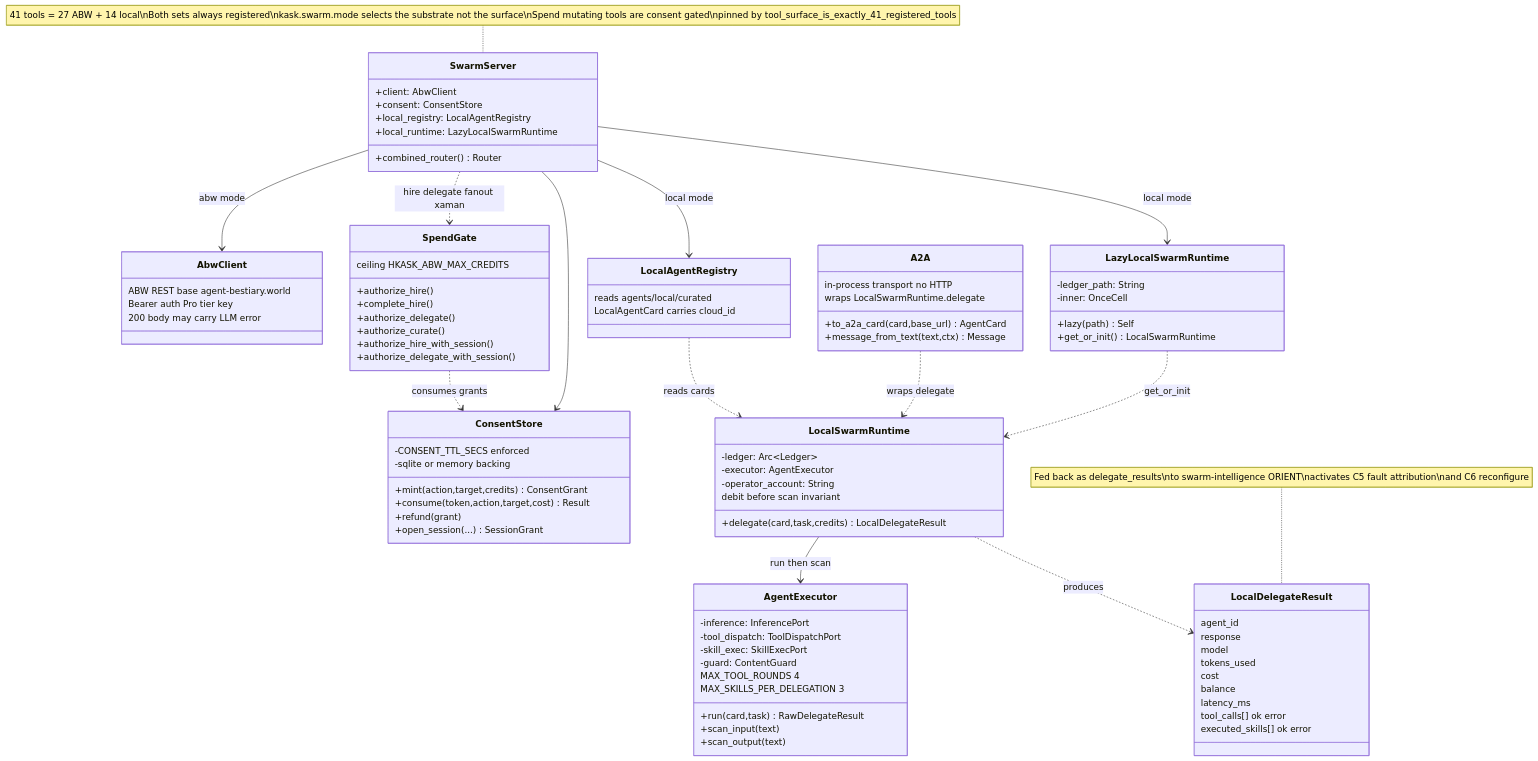
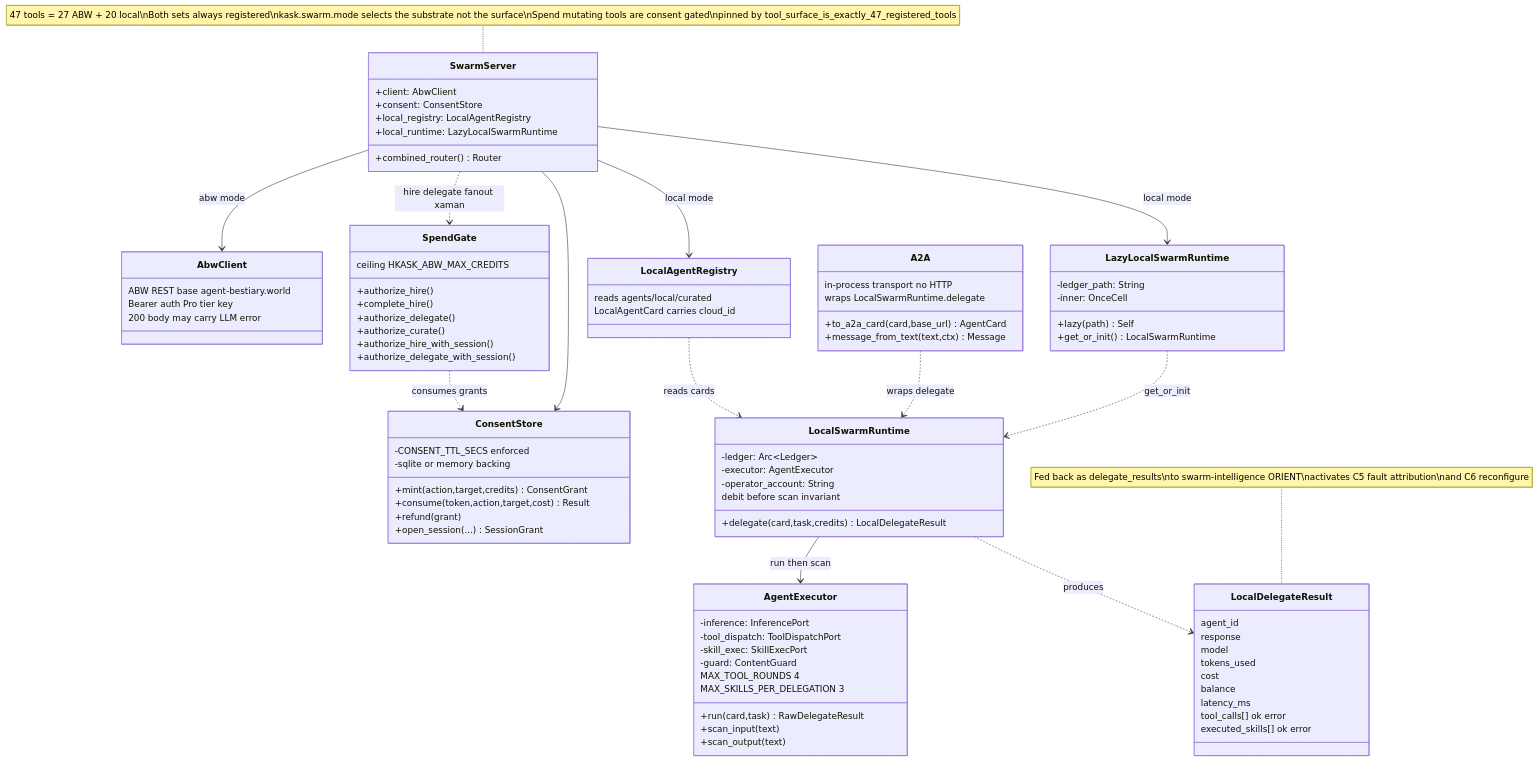
One commit to mdz-axo/zed-kask changed the diagram in kask/docs/diagrams/class-swarm-server.md. Above: the diagram before and after it, drawn with Mermaid. The commit also changed other lines of this file and 24 other files, not shown here.

````diff
--- a/kask/docs/diagrams/class-swarm-server.md
+++ b/kask/docs/diagrams/class-swarm-server.md
@@ -100,6 +100,6 @@
     A2A ..> LocalSwarmRuntime : wraps delegate
     LocalAgentRegistry ..> LocalSwarmRuntime : reads cards
 
-    note for SwarmServer "41 tools = 27 ABW + 14 local\nBoth sets always registered\nkask.swarm.mode selects the substrate not the surface\nSpend mutating tools are consent gated\npinned by tool_surface_is_exactly_41_registered_tools"
+    note for SwarmServer "47 tools = 27 ABW + 20 local\nBoth sets always registered\nkask.swarm.mode selects the substrate not the surface\nSpend mutating tools are consent gated\npinned by tool_surface_is_exactly_47_registered_tools"
     note for LocalDelegateResult "Fed back as delegate_results\nto swarm-intelligence ORIENT\nactivates C5 fault attribution\nand C6 reconfigure"
 ```
````
